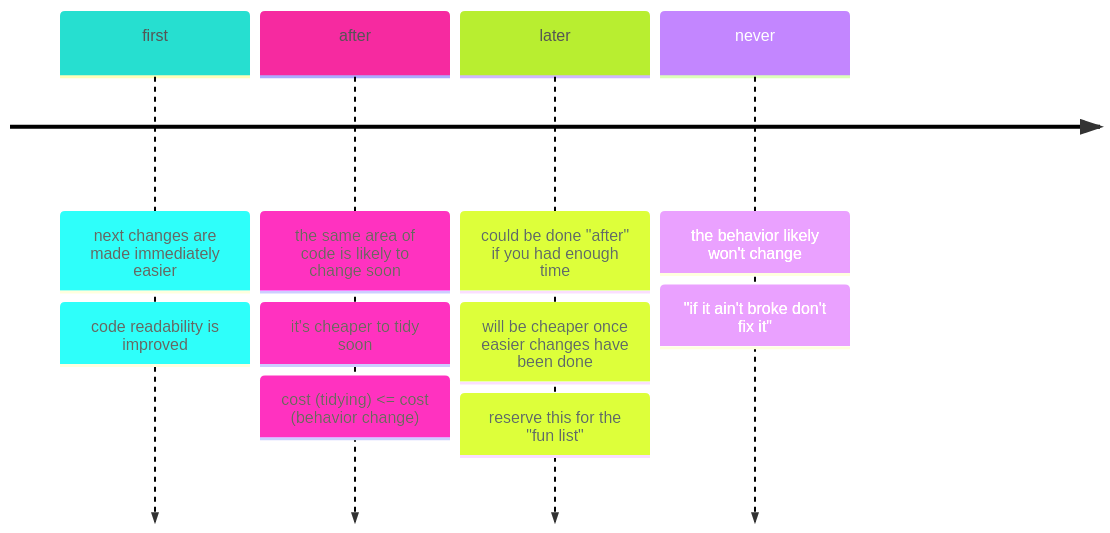
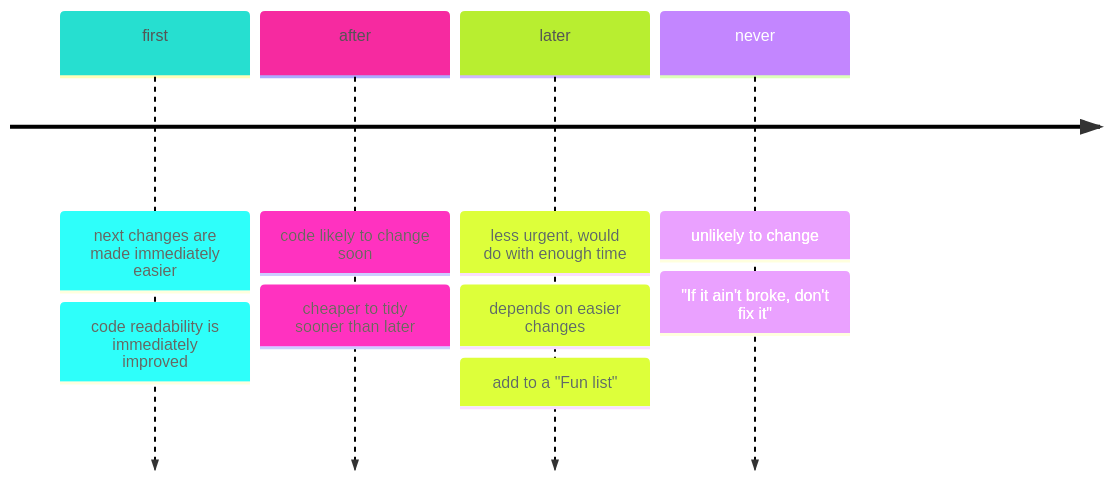
One commit to athiefaine/tidying_patterns changed the diagram in tidy_when.md. Above: the diagram before and after it, drawn with Mermaid.

Commit message:
Simplified tidy_when.md

````diff
--- a/tidy_when.md
+++ b/tidy_when.md
@@ -1,18 +1,17 @@
 ```mermaid
 %%{init: { 'theme': 'default' , 'themeVariables': {
               'cScale0': '#26DFD0', 'cScaleLabel0': '#555555',
               'cScale1': '#F62AA0', 'cScaleLabel1': '#555555',
               'cScale2': '#B8EE30', 'cScaleLabel2': '#555555'
        } } }%%
 timeline
     first : next changes are made immediately easier
-        : code readability is improved
-    after : the same area of code is likely to change soon
-        : it's cheaper to tidy soon
-        : cost (tidying) <= cost (behavior change)
-    later : could be done "after" if you had enough time
-        : will be cheaper once easier changes have been done
-        : reserve this for the "fun list"
-    never : the behavior likely won't change
-        : "if it ain't broke don't fix it"
+        : code readability is immediately improved
+    after : code likely to change soon
+        : cheaper to tidy sooner than later
+    later : less urgent, would do with enough time
+        : depends on easier changes
+        : add to a "Fun list"
+    never : unlikely to change
+        : "If it ain't broke, don't fix it"
  ```
````
